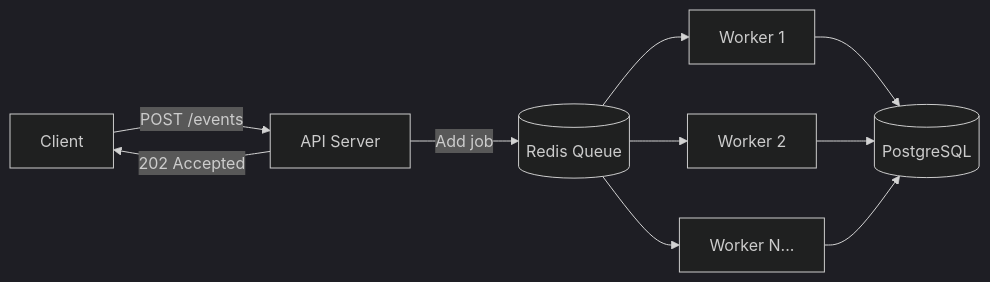
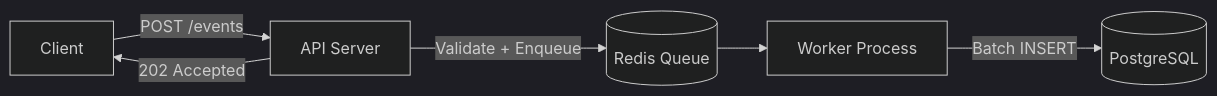
The first of 3 diagrams in docs/design.md (rolwin100/high-level-event-ingestor), drawn with Mermaid (dark theme) before and after one commit. The commit also changed other lines of this file, not shown here.

````diff
--- a/docs/design.md
+++ b/docs/design.md
@@ -108,12 +55,8 @@
 ```mermaid
 flowchart LR
-  Client[Client] -->|POST /events| API[API Server]
-  API -->|Add job| Queue[(Redis Queue)]
+  Client -->|POST /events| API[API Server]
+  API -->|Validate + Enqueue| Queue[(Redis Queue)]
   API -->|202 Accepted| Client
-  Queue --> W1[Worker 1]
-  Queue --> W2[Worker 2]
-  Queue --> W3[Worker N...]
-  W1 --> DB[(PostgreSQL)]
-  W2 --> DB
-  W3 --> DB
+  Queue --> Worker[Worker Process]
+  Worker -->|Batch INSERT| DB[(PostgreSQL)]
 ```
````
